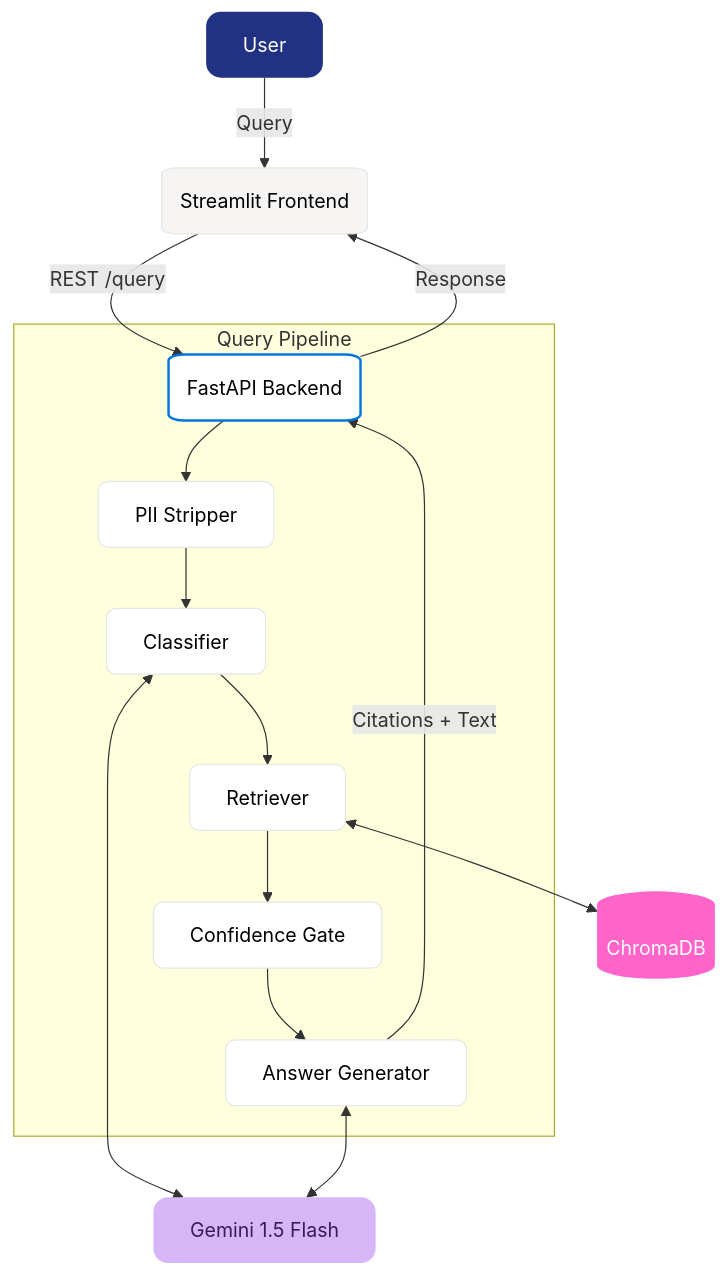
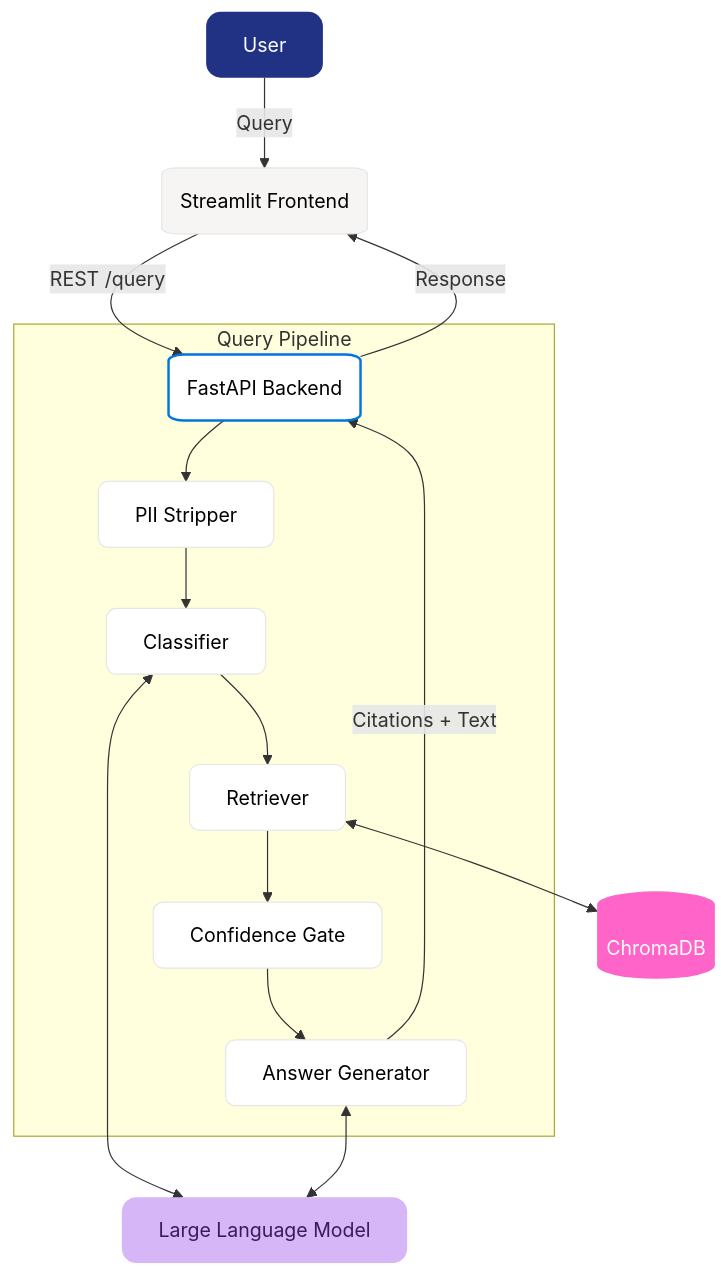
The diagram in README.md (HemantKumar822/ip-sakti-sahayak), drawn with Mermaid before and after one commit. The commit also changed other lines of this file, not shown here.

Commit message:
docs: make LLM engine agnostic in README

````diff
--- a/README.md
+++ b/README.md
@@ -42,28 +42,28 @@
 ```mermaid
 graph TD
     %% Styling based on Notion Design tokens
     classDef user fill:#213183,color:#ffffff,stroke:none,rx:12px;
     classDef frontend fill:#f6f5f4,stroke:#e6e6e6,color:#000000,rx:12px;
     classDef api fill:#ffffff,stroke:#0075de,stroke-width:2px,color:#000000,rx:12px;
     classDef llm fill:#d6b6f6,stroke:none,color:#391c57,rx:12px;
     classDef db fill:#ff64c8,stroke:none,color:#ffffff,rx:12px;
     classDef internal fill:#ffffff,stroke:#e6e6e6,color:#000000,rx:8px;
 
     U[User]:::user -->|Query| F(Streamlit Frontend):::frontend
     F -->|REST /query| A(FastAPI Backend):::api
 
     subgraph API [Query Pipeline]
         A --> P[PII Stripper]:::internal
         P --> C[Classifier]:::internal
         C --> R[Retriever]:::internal
         R --> G[Confidence Gate]:::internal
         G --> AG[Answer Generator]:::internal
     end
 
     R <--> V[(ChromaDB)]:::db
-    C <--> LLM[Gemini 1.5 Flash]:::llm
+    C <--> LLM[Large Language Model]:::llm
     AG <--> LLM
     
     AG -->|Citations + Text| A
     A -->|Response| F
 ```
````
